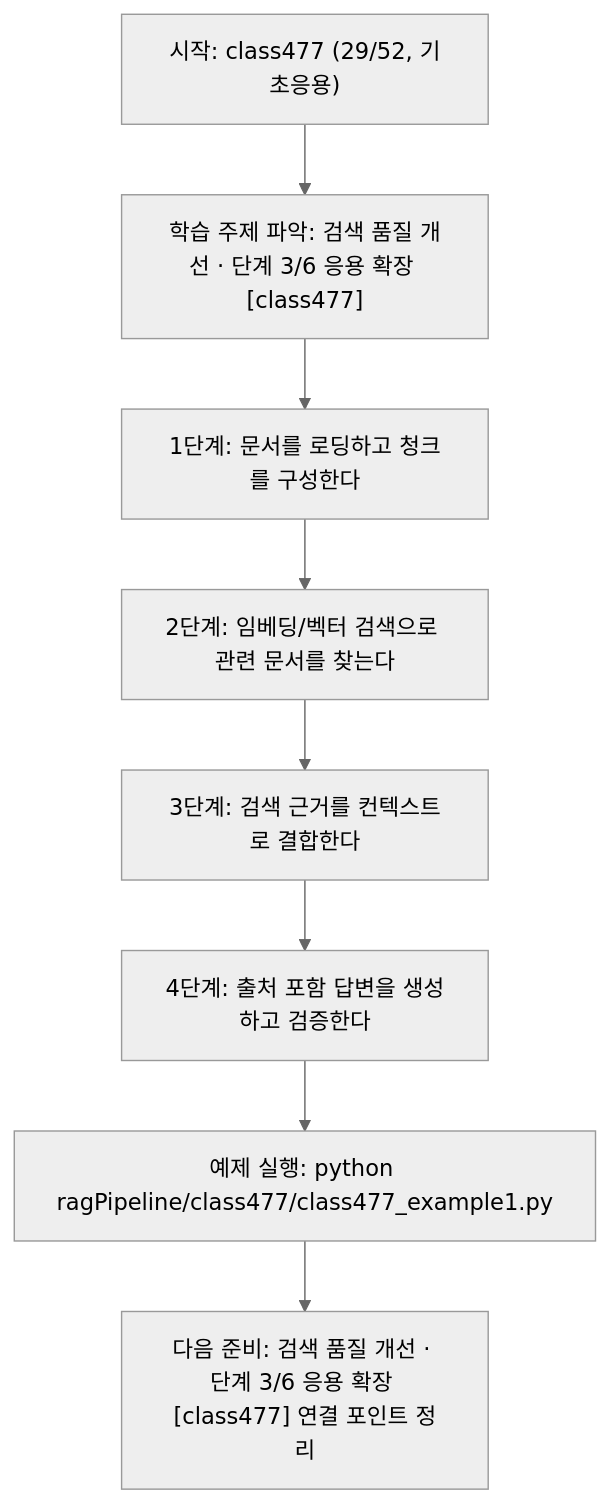
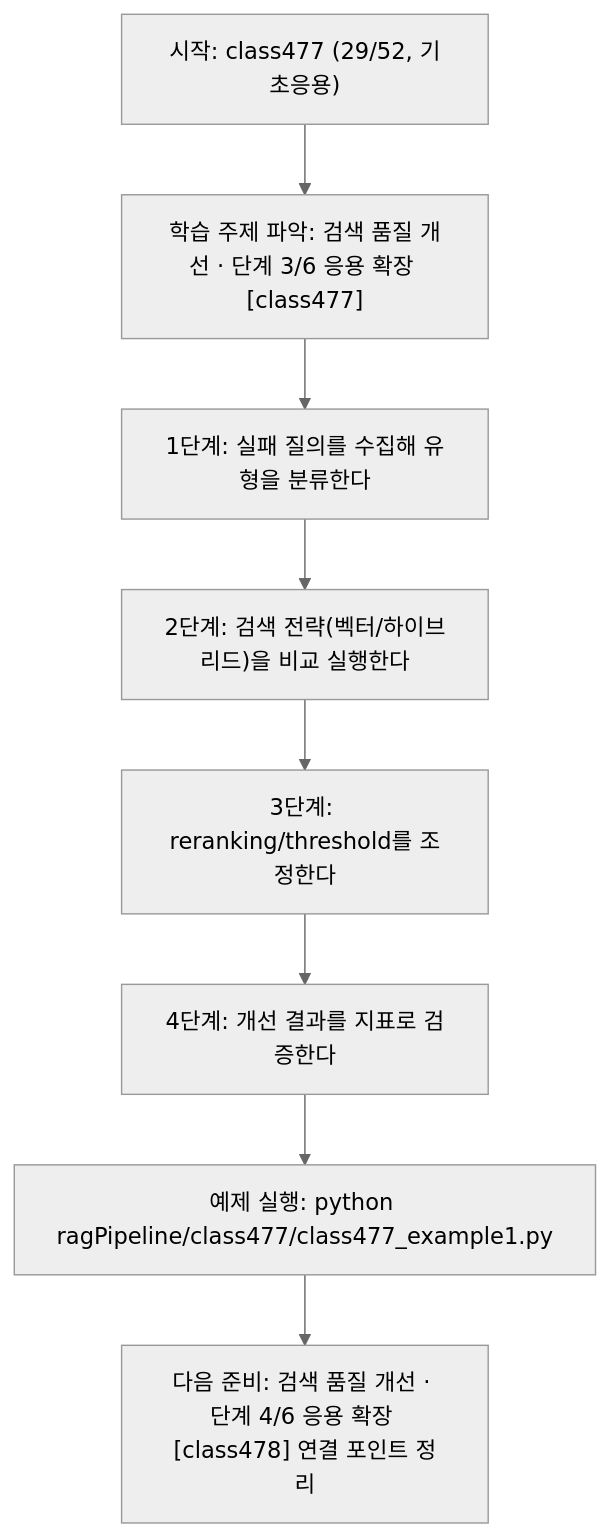
The diagram in ragPipeline/class477/class477.md (edumgt/Python-AI_Agent-Class), drawn with Mermaid (neutral theme) before and after one commit. The commit also changed other lines of this file and 367 other files, not shown here.

````diff
--- a/ragPipeline/class477/class477.md
+++ b/ragPipeline/class477/class477.md
@@ -111,18 +92,18 @@
 ```mermaid
 flowchart TD
 N1["시작: class477 (29/52, 기초응용)"]
 N2["학습 주제 파악: 검색 품질 개선 · 단계 3/6 응용 확장 [class477]"]
-N3["1단계: 문서를 로딩하고 청크를 구성한다"]
-N4["2단계: 임베딩/벡터 검색으로 관련 문서를 찾는다"]
-N5["3단계: 검색 근거를 컨텍스트로 결합한다"]
-N6["4단계: 출처 포함 답변을 생성하고 검증한다"]
+N3["1단계: 실패 질의를 수집해 유형을 분류한다"]
+N4["2단계: 검색 전략(벡터/하이브리드)을 비교 실행한다"]
+N5["3단계: reranking/threshold를 조정한다"]
+N6["4단계: 개선 결과를 지표로 검증한다"]
 N7["예제 실행: python ragPipeline/class477/class477_example1.py"]
-N8["다음 준비: 검색 품질 개선 · 단계 3/6 응용 확장 [class477] 연결 포인트 정리"]
+N8["다음 준비: 검색 품질 개선 · 단계 4/6 응용 확장 [class478] 연결 포인트 정리"]
 N1 --> N2
 N2 --> N3
 N3 --> N4
 N4 --> N5
 N5 --> N6
 N6 --> N7
 N7 --> N8
 ```
````
